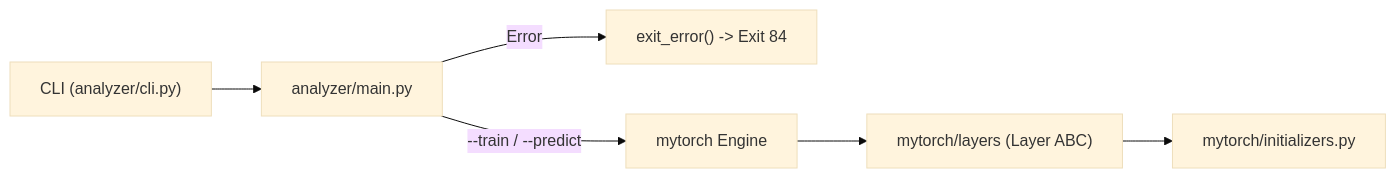
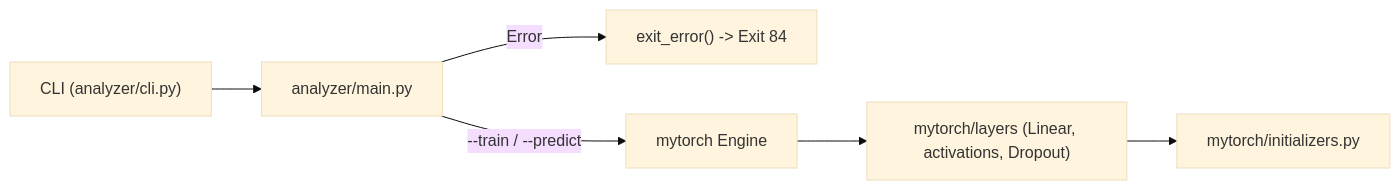
The diagram in ARCHITECTURE.md (LeJih8-24/OurTorch), drawn with Mermaid (base theme) before and after one commit. The commit also changed other lines of this file and 1 other file, not shown here.

First line of the commit message:
docs(layers): documented Linear, activations, Dropout and gradient checking

````diff
--- a/ARCHITECTURE.md
+++ b/ARCHITECTURE.md
@@ -103,8 +160,8 @@
 ```mermaid
 flowchart LR
     CLI["CLI (analyzer/cli.py)"] --> Main["analyzer/main.py"]
     Main -->|Error| Utils["exit_error() -> Exit 84"]
     Main -->|--train / --predict| Engine["mytorch Engine"]
-    Engine --> Layers["mytorch/layers (Layer ABC)"]
+    Engine --> Layers["mytorch/layers (Linear, activations, Dropout)"]
     Layers --> Init["mytorch/initializers.py"]
 ```
````
